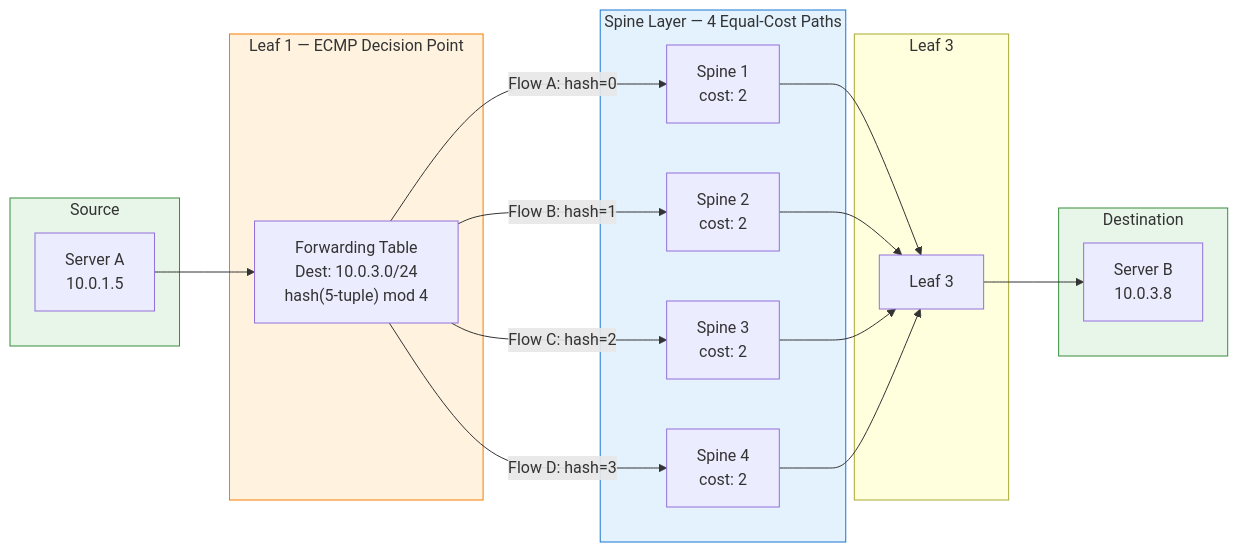
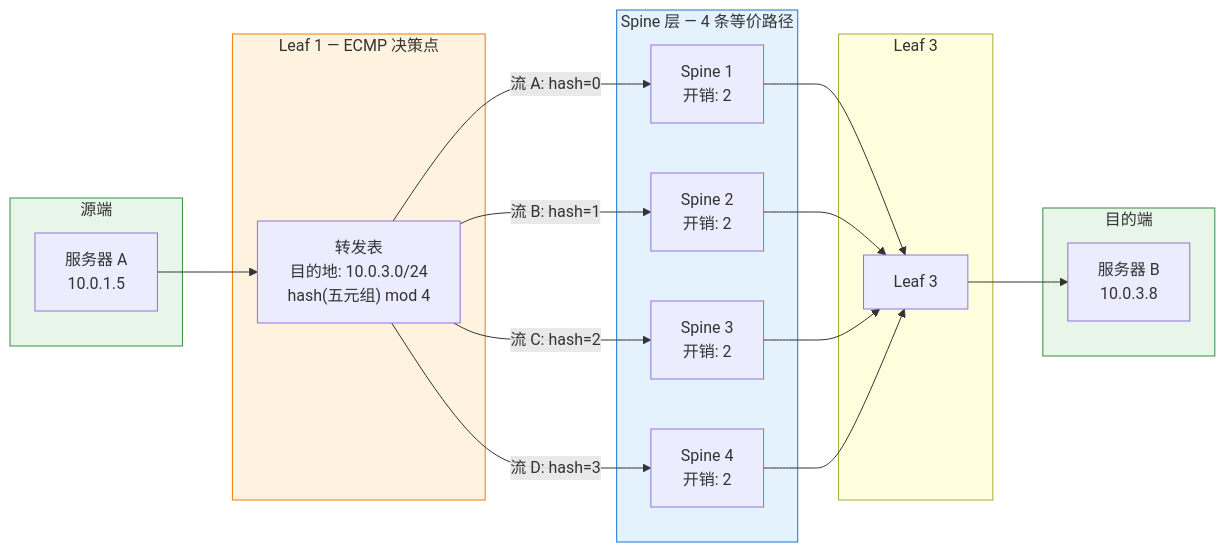
One commit to caozhiyi/network-book changed the fourth of 4 diagrams in docs/02.十万台机器的网络.md. Above: the diagram before and after it, drawn with Mermaid. The commit also changed other lines of this file and 77 other files, not shown here.

````diff
--- a/docs/02.十万台机器的网络.md
+++ b/docs/02.十万台机器的网络.md
@@ -202,41 +196,41 @@
 ```mermaid
 graph LR
-    subgraph SRC["Source"]
-        Server1["Server A<br/>10.0.1.5"]
+    subgraph SRC["源端"]
+        Server1["服务器 A<br/>10.0.1.5"]
     end
 
-    subgraph LEAF1["Leaf 1 — ECMP Decision Point"]
-        FWD["Forwarding Table<br/>Dest: 10.0.3.0/24<br/>hash(5-tuple) mod 4"]
+    subgraph LEAF1["Leaf 1 — ECMP 决策点"]
+        FWD["转发表<br/>目的地: 10.0.3.0/24<br/>hash(五元组) mod 4"]
     end
 
-    subgraph SPINE["Spine Layer — 4 Equal-Cost Paths"]
-        SP1["Spine 1<br/>cost: 2"]
-        SP2["Spine 2<br/>cost: 2"]
-        SP3["Spine 3<br/>cost: 2"]
-        SP4["Spine 4<br/>cost: 2"]
+    subgraph SPINE["Spine 层 — 4 条等价路径"]
+        SP1["Spine 1<br/>开销: 2"]
+        SP2["Spine 2<br/>开销: 2"]
+        SP3["Spine 3<br/>开销: 2"]
+        SP4["Spine 4<br/>开销: 2"]
     end
 
     subgraph LEAF3["Leaf 3"]
         L3["Leaf 3"]
     end
 
-    subgraph DST["Destination"]
-        Server2["Server B<br/>10.0.3.8"]
+    subgraph DST["目的端"]
+        Server2["服务器 B<br/>10.0.3.8"]
     end
 
     Server1 --> FWD
-    FWD -->|"Flow A: hash=0"| SP1
-    FWD -->|"Flow B: hash=1"| SP2
-    FWD -->|"Flow C: hash=2"| SP3
-    FWD -->|"Flow D: hash=3"| SP4
+    FWD -->|"流 A: hash=0"| SP1
+    FWD -->|"流 B: hash=1"| SP2
+    FWD -->|"流 C: hash=2"| SP3
+    FWD -->|"流 D: hash=3"| SP4
     SP1 --> L3
     SP2 --> L3
     SP3 --> L3
     SP4 --> L3
     L3 --> Server2
 
     style LEAF1 fill:#fff3e0,stroke:#f57c00
     style SPINE fill:#e3f2fd,stroke:#1976d2
     style SRC fill:#e8f5e9,stroke:#388e3c
     style DST fill:#e8f5e9,stroke:#388e3c
 ```
````
